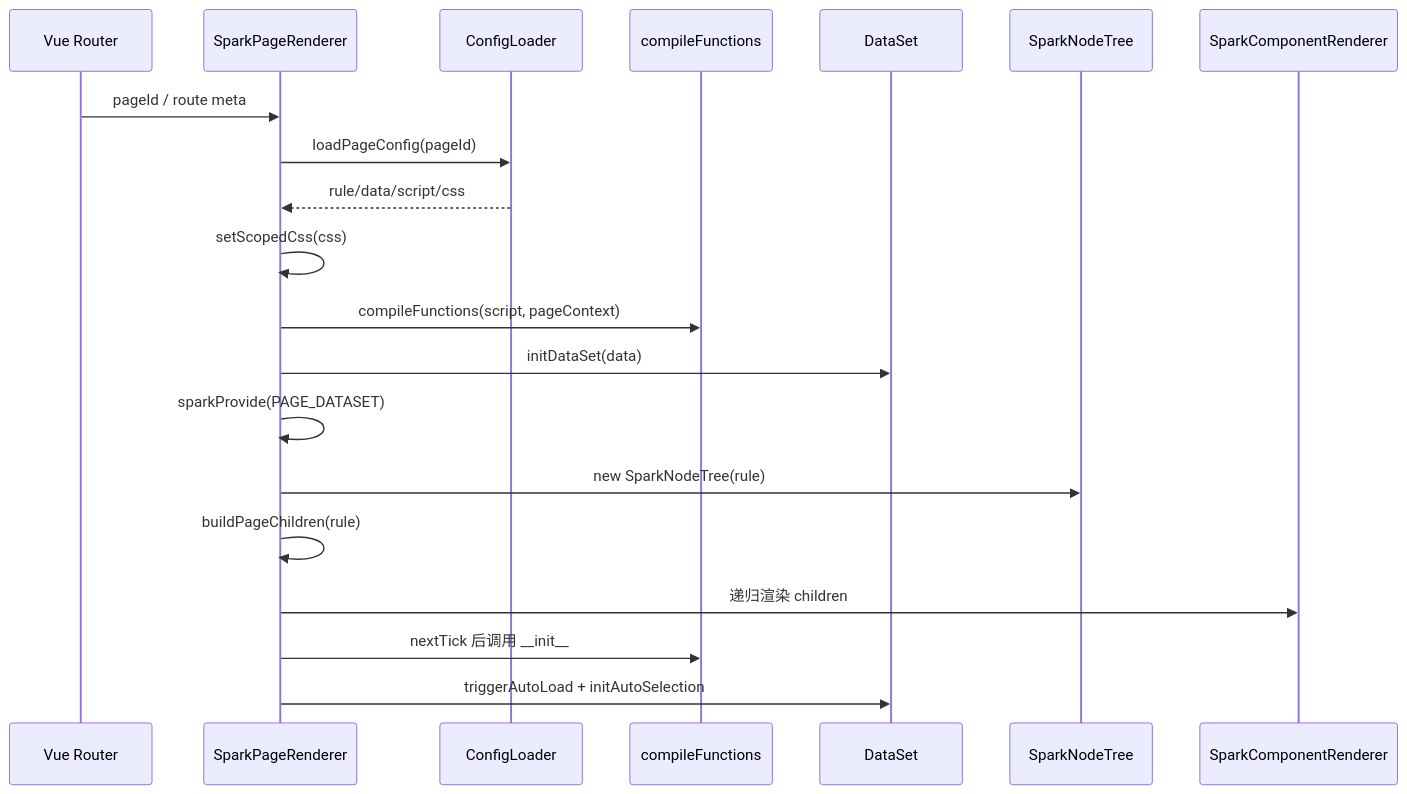
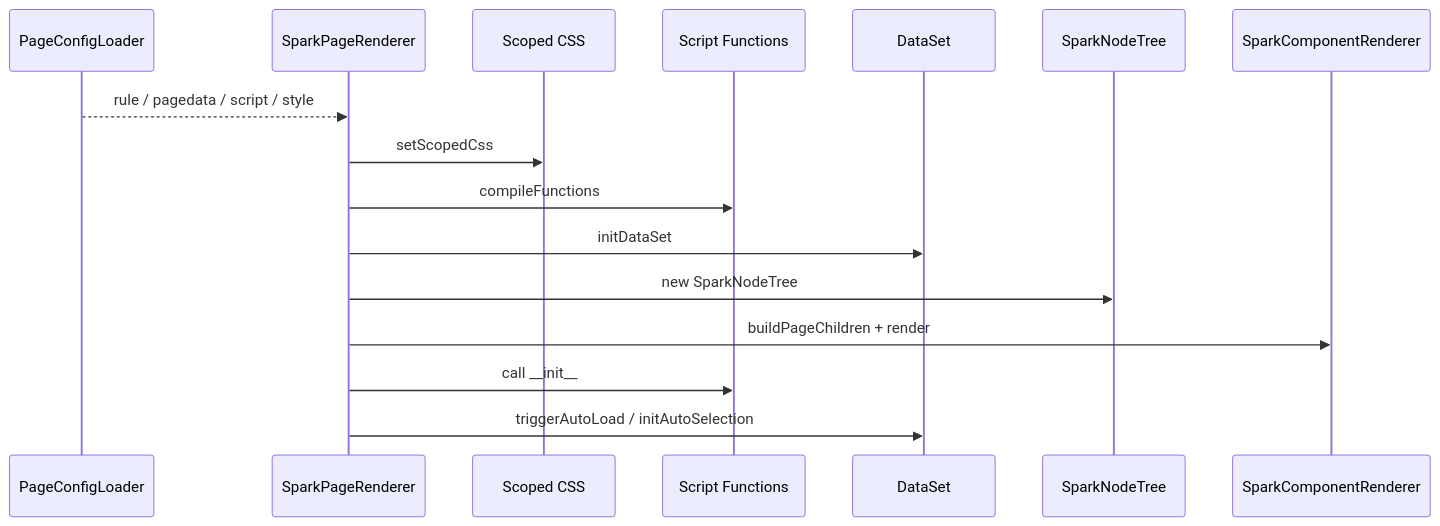
One commit to LMSpark/spark-view-vue changed the seventh of 16 diagrams in docs/SPARK_VIEW_PROJECT_DEEP_DIVE_ZH.md. Above: the diagram before and after it, drawn with Mermaid. The commit also changed other lines of this file and 120 other files, not shown here.

First line of the commit message:
fix(spark-component): migrate legacy props.id and suppress FieldContextRenderer attr fallthrough

````diff
--- a/docs/SPARK_VIEW_PROJECT_DEEP_DIVE_ZH.md
+++ b/docs/SPARK_VIEW_PROJECT_DEEP_DIVE_ZH.md
@@ -246,23 +337,19 @@
 ```mermaid
 sequenceDiagram
-  participant Route as Vue Router
+  participant Loader as PageConfigLoader
   participant Renderer as SparkPageRenderer
-  participant Loader as ConfigLoader
-  participant Sandbox as compileFunctions
+  participant Css as Scoped CSS
+  participant Script as Script Functions
   participant DataSet as DataSet
   participant Tree as SparkNodeTree
   participant Child as SparkComponentRenderer
 
-  Route->>Renderer: pageId / route meta
-  Renderer->>Loader: loadPageConfig(pageId)
-  Loader-->>Renderer: rule/data/script/css
-  Renderer->>Renderer: setScopedCss(css)
-  Renderer->>Sandbox: compileFunctions(script, pageContext)
-  Renderer->>DataSet: initDataSet(data)
-  Renderer->>Renderer: sparkProvide(PAGE_DATASET)
-  Renderer->>Tree: new SparkNodeTree(rule)
-  Renderer->>Renderer: buildPageChildren(rule)
-  Renderer->>Child: 递归渲染 children
-  Renderer->>Sandbox: nextTick 后调用 __init__
-  Renderer->>DataSet: triggerAutoLoad + initAutoSelection
+  Loader-->>Renderer: rule / pagedata / script / style
+  Renderer->>Css: setScopedCss
+  Renderer->>Script: compileFunctions
+  Renderer->>DataSet: initDataSet
+  Renderer->>Tree: new SparkNodeTree
+  Renderer->>Child: buildPageChildren + render
+  Renderer->>Script: call __init__
+  Renderer->>DataSet: triggerAutoLoad / initAutoSelection
 ```
````
